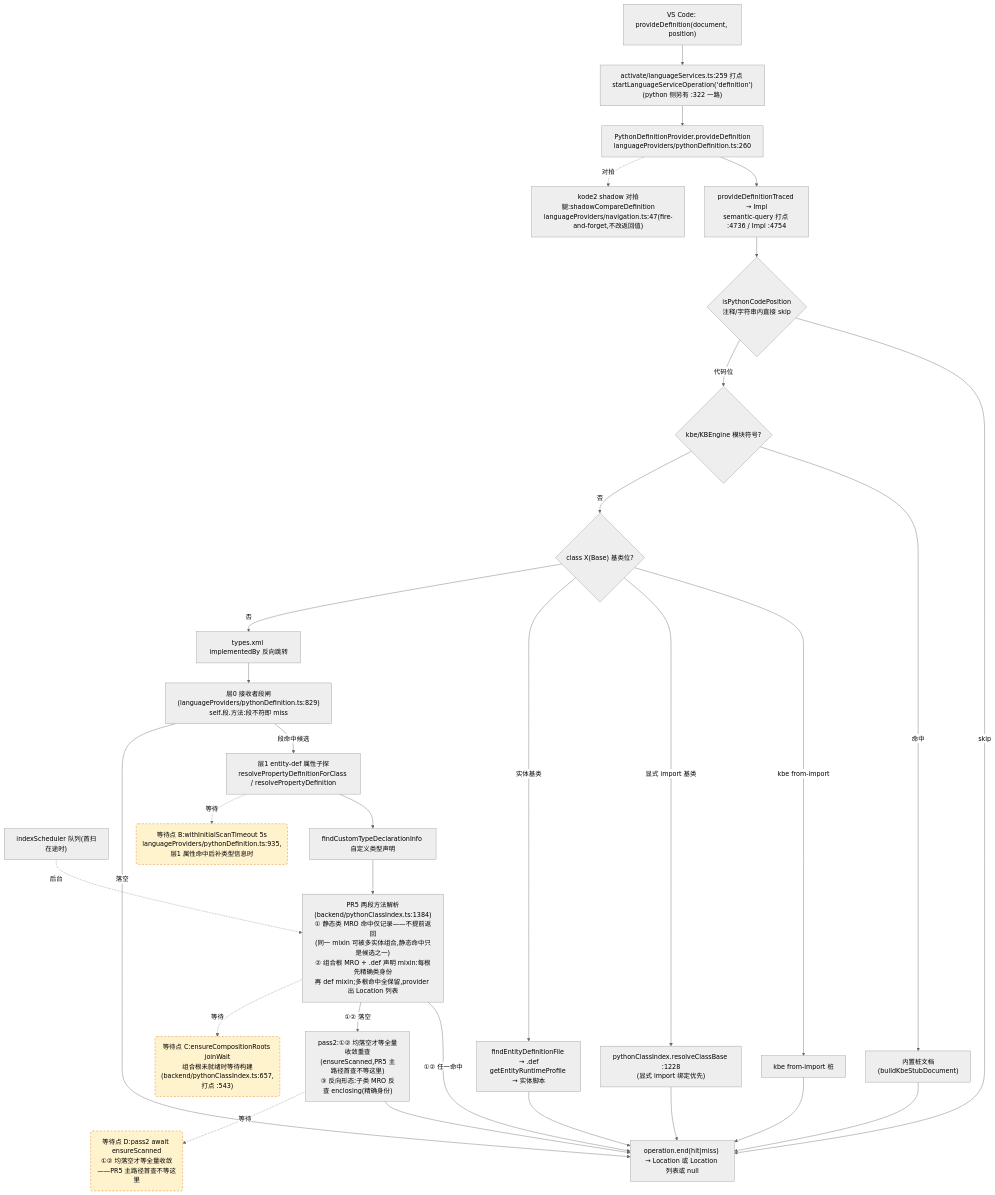
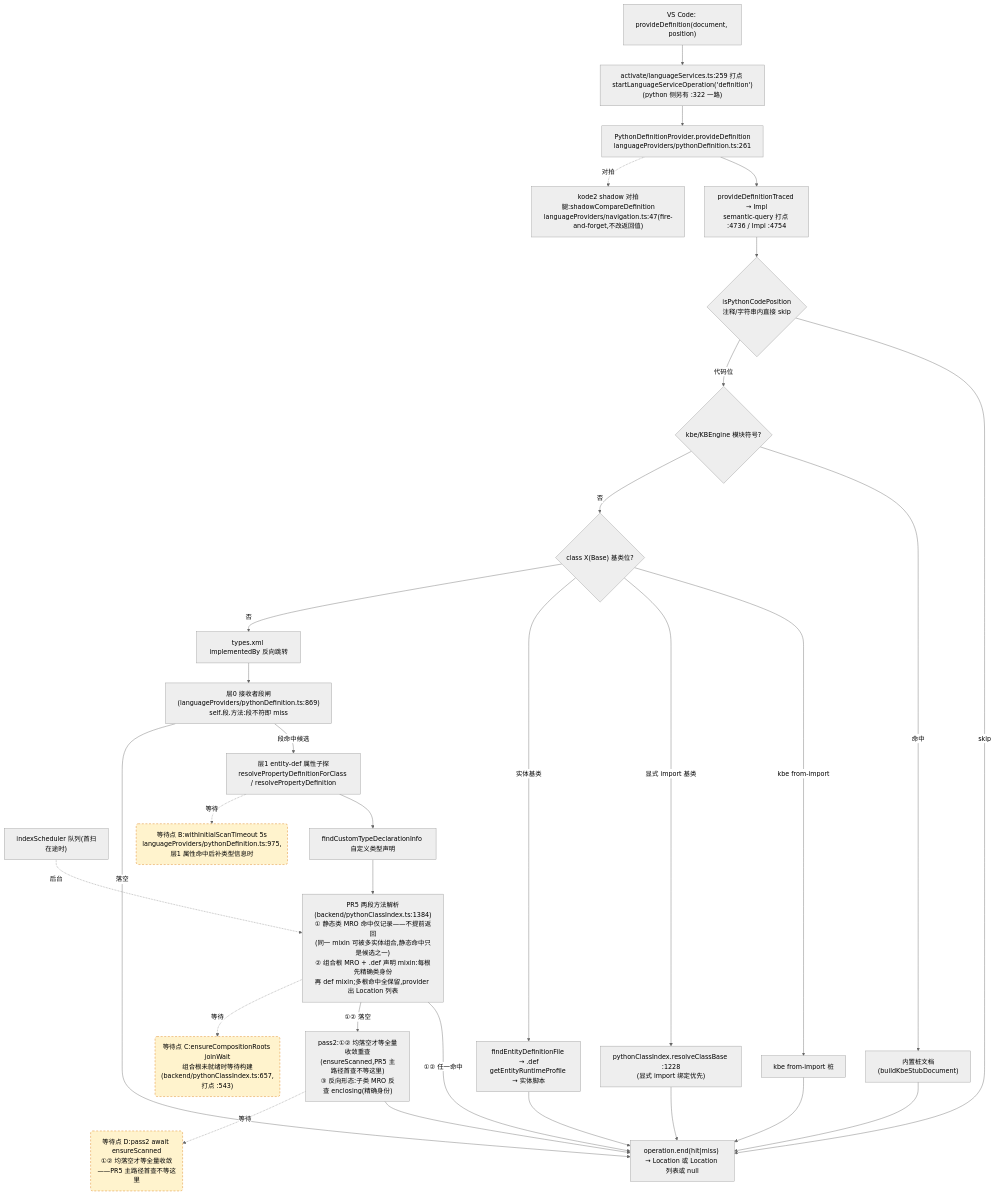
One commit to cuihairu/kode changed the second of 4 diagrams in docs/perf/2026-baseline.md. Above: the diagram before and after it, drawn with Mermaid (neutral theme). The commit also changed other lines of this file and 14 other files, not shown here.

````diff
--- a/docs/perf/2026-baseline.md
+++ b/docs/perf/2026-baseline.md
@@ -135,51 +135,51 @@
 ```mermaid
 flowchart TD
   VC2["VS Code: provideDefinition(document, position)"]
   M2["activate/languageServices.ts:259 打点 startLanguageServiceOperation('definition')<br/>(python 侧另有 :322 一路)"]
-  AD2["PythonDefinitionProvider.provideDefinition<br/>languageProviders/pythonDefinition.ts:260"]
+  AD2["PythonDefinitionProvider.provideDefinition<br/>languageProviders/pythonDefinition.ts:261"]
   TR["provideDefinitionTraced → Impl<br/>semantic-query 打点 :4736 / Impl :4754"]
   CTX{"isPythonCodePosition<br/>注释/字符串内直接 skip"}
   KBE{"kbe/KBEngine 模块符号?"}
   STUB["内置桩文档(buildKbeStubDocument)"]
   CB{"class X(Base) 基类位?"}
   CB1["kbe from-import 桩"]
   CB2["pythonClassIndex.resolveClassBase :1228<br/>(显式 import 绑定优先)"]
   CB3["findEntityDefinitionFile → .def<br/>getEntityRuntimeProfile → 实体脚本"]
   REV["types.xml implementedBy 反向跳转"]
-  L0["层0 接收者段闸(languageProviders/pythonDefinition.ts:829)<br/>self.段.方法:段不符即 miss"]
+  L0["层0 接收者段闸(languageProviders/pythonDefinition.ts:869)<br/>self.段.方法:段不符即 miss"]
   L1["层1 entity-def 属性子探<br/>resolvePropertyDefinitionForClass / resolvePropertyDefinition"]
   SCAN["indexScheduler 队列(首扫在途时)"]
   TY["findCustomTypeDeclarationInfo 自定义类型声明"]
   MRO["PR5 两段方法解析(backend/pythonClassIndex.ts:1384)<br/>① 静态类 MRO 命中仅记录——不提前返回<br/>(同一 mixin 可被多实体组合,静态命中只是候选之一)<br/>② 组合根 MRO + .def 声明 mixin:每根先精确类身份<br/>再 def mixin;多根命中全保留,provider 出 Location 列表"]
   PASS2["pass2:①② 均落空才等全量收敛重查<br/>(ensureScanned,PR5 主路径首查不等这里)<br/>③ 反向形态:子类 MRO 反查 enclosing(精确身份)"]
   SHD["kode2 shadow 对拍腿:shadowCompareDefinition<br/>languageProviders/navigation.ts:47(fire-and-forget,不改返回值)"]
   END2["operation.end(hit|miss) → Location 或 Location 列表或 null"]
 
   VC2 --> M2 --> AD2 --> TR --> CTX
   CTX -- "skip" --> END2
   CTX -- "代码位" --> KBE
   KBE -- "命中" --> STUB --> END2
   KBE -- "否" --> CB
   CB -- "kbe from-import" --> CB1 --> END2
   CB -- "显式 import 基类" --> CB2 --> END2
   CB -- "实体基类" --> CB3 --> END2
   CB -- "否" --> REV --> L0
   L0 -- "段命中候选" --> L1
   L0 -- "落空" --> END2
   L1 --> TY
   TY --> MRO
   MRO -- "①② 任一命中" --> END2
   MRO -- "①② 落空" --> PASS2 --> END2
   AD2 -.->|对拍| SHD
 
-  WAITB("等待点 B:withInitialScanTimeout 5s<br/>languageProviders/pythonDefinition.ts:935,层1 属性命中后补类型信息时")
+  WAITB("等待点 B:withInitialScanTimeout 5s<br/>languageProviders/pythonDefinition.ts:975,层1 属性命中后补类型信息时")
   WAITC("等待点 C:ensureCompositionRoots joinWait<br/>组合根未就绪时等待构建(backend/pythonClassIndex.ts:657,打点 :543)")
   WAITD("等待点 D:pass2 await ensureScanned<br/>①② 均落空才等全量收敛——PR5 主路径首查不等这里")
   L1 -.->|等待| WAITB
   MRO -.->|等待| WAITC
   PASS2 -.->|等待| WAITD
   SCAN -.->|后台| MRO
 
   classDef waitPoint fill:#fff3cd,stroke:#d97706,stroke-dasharray:5 4;
   class WAITB,WAITC,WAITD waitPoint;
 ```
````
